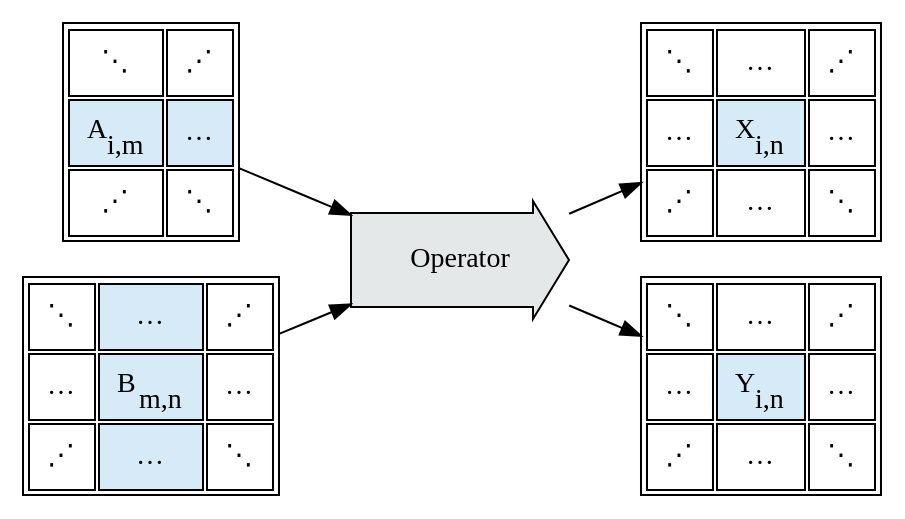
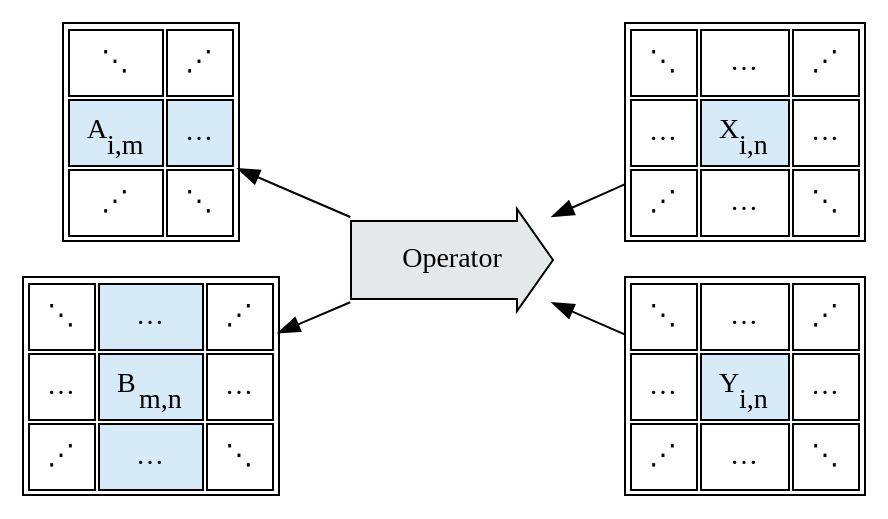
One commit to crutcher/crutcher.github.io-source changed the tenth of 55 diagrams in source/Tapestry/index.md. Above: the diagram before and after it, drawn with Graphviz. The commit also changed other lines of this file, not shown here.

Commit message:
graph ordering

````diff
--- a/source/Tapestry/index.md
+++ b/source/Tapestry/index.md
@@ -1346,6 +1491,6 @@
 ```graphviz
 digraph G {
-    rankdir=LR;
+    rankdir=RL;
 
     A [
         shape="plain",
@@ -1395,7 +1540,7 @@
         shape=rarrow,
         style=filled,
         fillcolor="#E5E8E8",
-        margin=0.3
+        margin=0.25
     ];
     
     X [
@@ -1444,9 +1589,9 @@
         >,
     ];
     
-    A -> op;
-    B -> op;
-    op -> X;
-    op -> Y;
+    op -> A;
+    op -> B;
+    X -> op;
+    Y -> op;
 }
 ```
````
